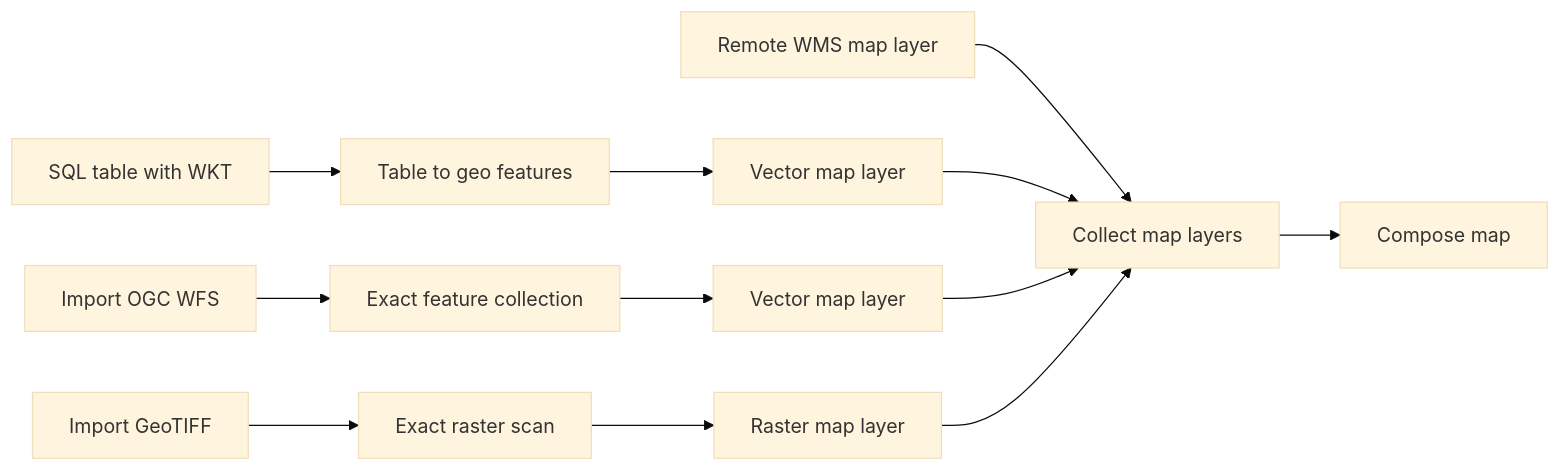
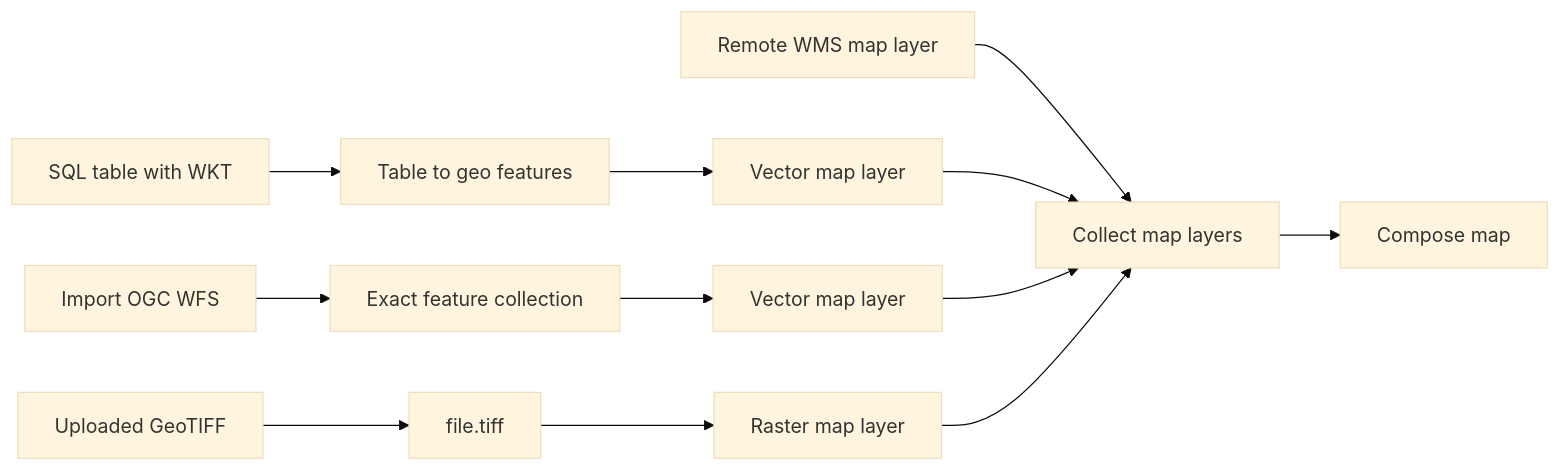
Before and after one commit to artpods56/grafY: the second of 3 diagrams in README.md, drawn with Mermaid (base theme). The commit also changed other lines of this file and 77 other files, not shown here.

First line of the commit message:
refactor(gis): drop import-time raster conversion

````diff
--- a/README.md
+++ b/README.md
@@ -95,14 +95,14 @@
 ```mermaid
 flowchart LR
   SQL["SQL table with WKT"] --> F["Table to geo features"]
   WFS["Import OGC WFS"] --> F2["Exact feature collection"]
-  TIFF["Import GeoTIFF"] --> R["Exact raster scan"]
+  TIFF["Uploaded GeoTIFF"] --> R["file.tiff"]
   F --> VL["Vector map layer"]
   F2 --> VL2["Vector map layer"]
   R --> RL["Raster map layer"]
   WMS["Remote WMS map layer"] --> C["Collect map layers"]
   VL --> C
   VL2 --> C
   RL --> C
   C --> M["Compose map"]
 ```
````
